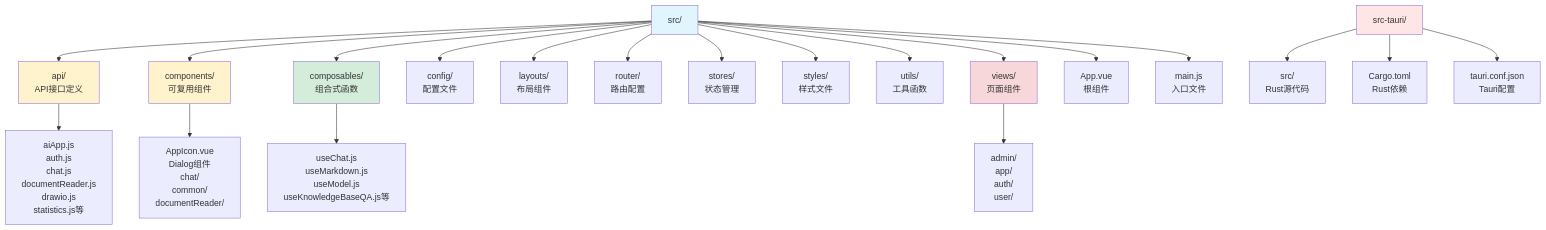
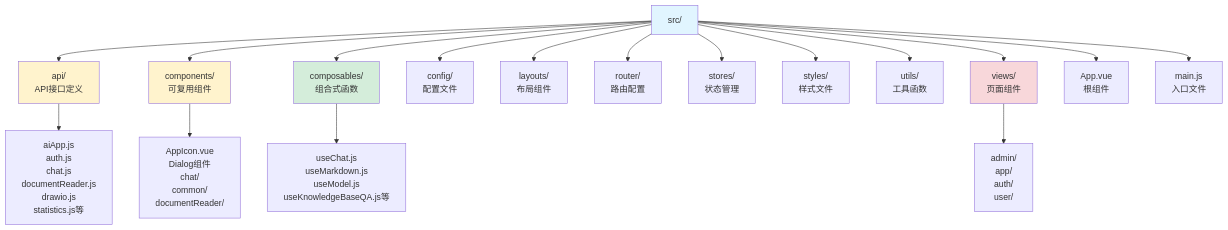
The second of 3 diagrams in frontend/README-frontend.md (NanoAgentCode/DifyApp), drawn with Mermaid before and after one commit. The commit also changed other lines of this file and 28 other files, not shown here.

````diff
--- a/frontend/README-frontend.md
+++ b/frontend/README-frontend.md
@@ -103,31 +95,26 @@
 ```mermaid
 graph TD
     A[src/] --> B[api/<br/>API接口定义]
     A --> C[components/<br/>可复用组件]
     A --> D[composables/<br/>组合式函数]
     A --> E[config/<br/>配置文件]
     A --> F[layouts/<br/>布局组件]
     A --> G[router/<br/>路由配置]
     A --> H[stores/<br/>状态管理]
     A --> I[styles/<br/>样式文件]
     A --> J[utils/<br/>工具函数]
     A --> K[views/<br/>页面组件]
     A --> L[App.vue<br/>根组件]
     A --> M[main.js<br/>入口文件]
     
     B --> B1[aiApp.js<br/>auth.js<br/>chat.js<br/>documentReader.js<br/>drawio.js<br/>statistics.js等]
     C --> C1[AppIcon.vue<br/>Dialog组件<br/>chat/<br/>common/<br/>documentReader/]
     D --> D1[useChat.js<br/>useMarkdown.js<br/>useModel.js<br/>useKnowledgeBaseQA.js等]
     K --> K1[admin/<br/>app/<br/>auth/<br/>user/]
     
-    N[src-tauri/] --> N1[src/<br/>Rust源代码]
-    N --> N2[Cargo.toml<br/>Rust依赖]
-    N --> N3[tauri.conf.json<br/>Tauri配置]
-    
     style A fill:#e1f5ff
     style B fill:#fff3cd
     style C fill:#fff3cd
     style D fill:#d4edda
     style K fill:#f8d7da
-    style N fill:#ffe6e6
 ```
````
